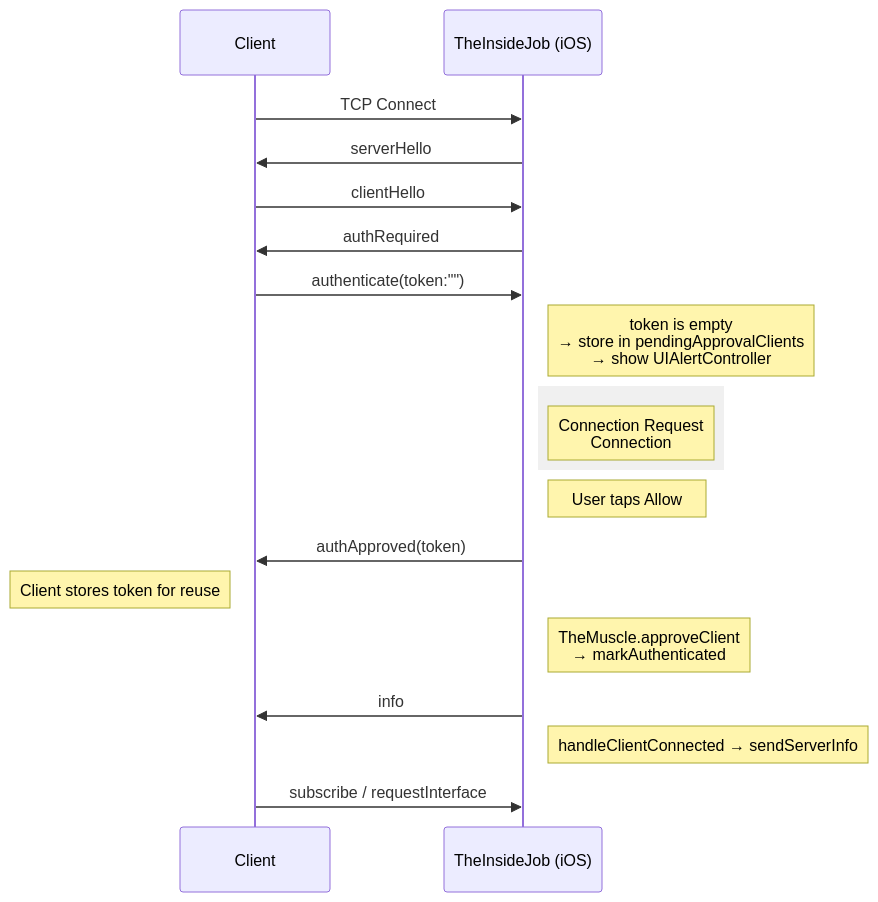
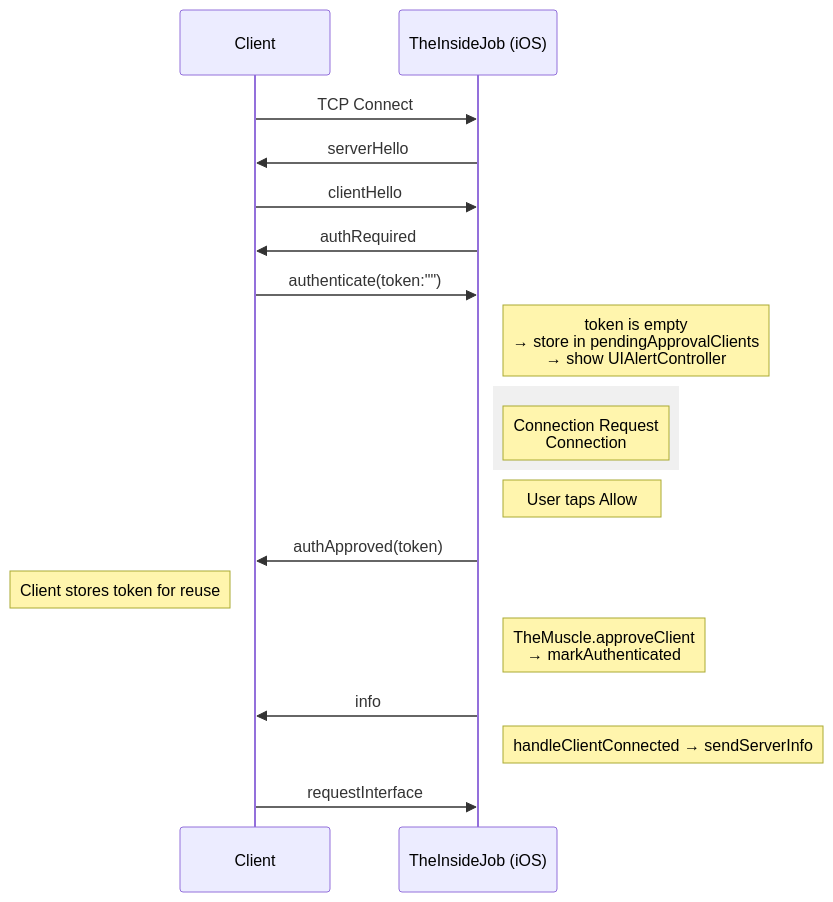
The third of 6 diagrams in docs/AUTH.md (RoyalPineapple/TheButtonHeist), drawn with Mermaid before and after one commit. The commit also changed other lines of this file and 35 other files, not shown here.

````diff
--- a/docs/AUTH.md
+++ b/docs/AUTH.md
@@ -106,24 +105,24 @@
 ```mermaid
 sequenceDiagram
     participant Client
     participant TheInsideJob as TheInsideJob (iOS)
 
     Client->>TheInsideJob: TCP Connect
     TheInsideJob->>Client: serverHello
     Client->>TheInsideJob: clientHello
     TheInsideJob->>Client: authRequired
     Client->>TheInsideJob: authenticate(token:"")
     Note right of TheInsideJob: token is empty<br/>→ store in pendingApprovalClients<br/>→ show UIAlertController
 
     rect rgb(240, 240, 240)
         Note right of TheInsideJob: Connection Request<br/>Connection #N is requesting access.<br/>[Deny] [Allow]
     end
 
     Note right of TheInsideJob: User taps Allow
     TheInsideJob->>Client: authApproved(token)
     Note left of Client: Client stores token for reuse
     Note right of TheInsideJob: TheMuscle.approveClient<br/>→ markAuthenticated
     TheInsideJob->>Client: info
     Note right of TheInsideJob: handleClientConnected → sendServerInfo
-    Client->>TheInsideJob: subscribe / requestInterface
+    Client->>TheInsideJob: requestInterface
 ```
````
